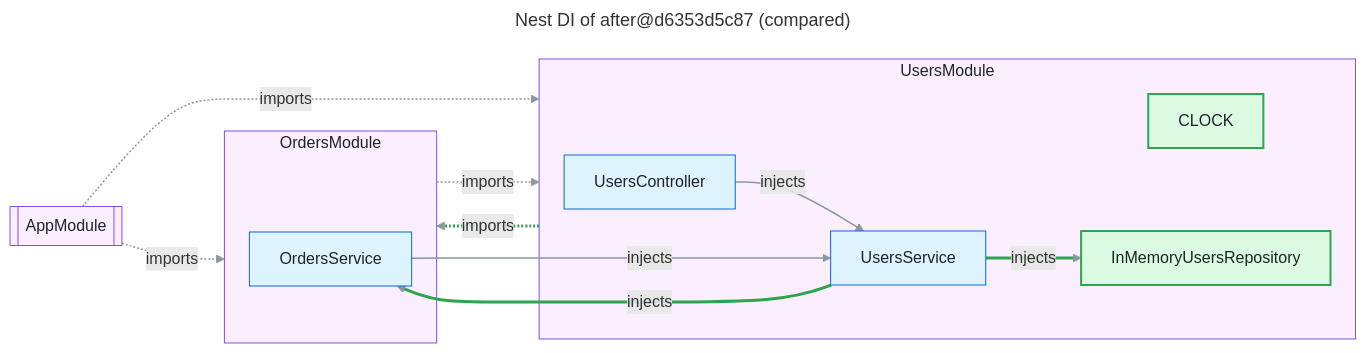
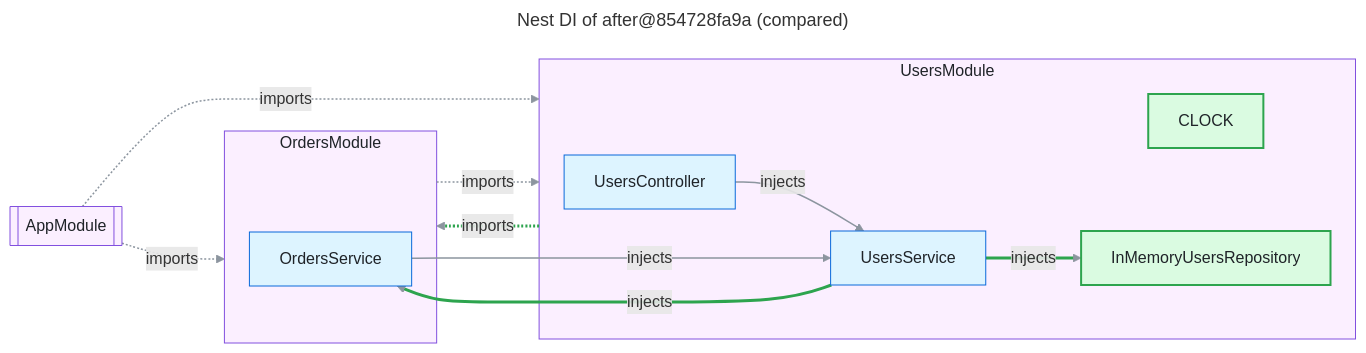
Before and after one commit to FullFran/archsieve: the diagram in examples/nest-shop/nest-compare.mmd, drawn with Mermaid. The commit also changed 20 other files, not shown here.

```diff
--- a/examples/nest-shop/nest-compare.mmd
+++ b/examples/nest-shop/nest-compare.mmd
@@ -1,38 +1,38 @@
 ---
-title: "Nest DI of after@d6353d5c87 (compared)"
+title: "Nest DI of after@854728fa9a (compared)"
 ---
 flowchart LR
   n1[["AppModule"]]:::module
   subgraph n2["OrdersModule"]
     n4["OrdersService"]:::code
   end
   style n2 fill:#fbefff,stroke:#8250df,color:#1f2328
   subgraph n3["UsersModule"]
     n0["UsersController"]:::code
     n5["CLOCK"]:::added
     n6["InMemoryUsersRepository"]:::added
     n7["UsersService"]:::code
   end
   style n3 fill:#fbefff,stroke:#8250df,color:#1f2328
   n0 -->|"injects"| n7
   n1 -.->|"imports"| n2
   n1 -.->|"imports"| n3
   n2 -.->|"imports"| n3
   n3 -.->|"imports"| n2
   n4 -->|"injects"| n7
   n7 -->|"injects"| n4
   n7 -->|"injects"| n6
   linkStyle default stroke:#8c959f,stroke-width:1.5px
   linkStyle 4 stroke:#2da44e,stroke-width:3px
   linkStyle 6 stroke:#2da44e,stroke-width:3px
   linkStyle 7 stroke:#2da44e,stroke-width:3px
   classDef code fill:#ddf4ff,stroke:#0969da,color:#1f2328
   classDef external fill:#fff8c5,stroke:#9a6700,color:#1f2328
   classDef module fill:#fbefff,stroke:#8250df,color:#1f2328
   classDef added fill:#dafbe1,stroke:#2da44e,stroke-width:2px,color:#1f2328
   classDef removed fill:#ffebe9,stroke:#cf222e,stroke-dasharray:4 3,color:#1f2328
   classDef boundary fill:#f6f8fa,stroke:#57606a,stroke-dasharray:6 4,color:#1f2328
   classDef container fill:#ddf4ff,stroke:#0969da,stroke-width:2px,color:#1f2328
   classDef unverified fill:#ffffff,stroke:#0969da,stroke-width:2px,stroke-dasharray:5 3,color:#1f2328
   classDef undeclared fill:#fff1e5,stroke:#bc4c00,stroke-width:2px,color:#1f2328
   classDef focus fill:#ddf4ff,stroke:#0969da,stroke-width:4px,color:#1f2328
```
